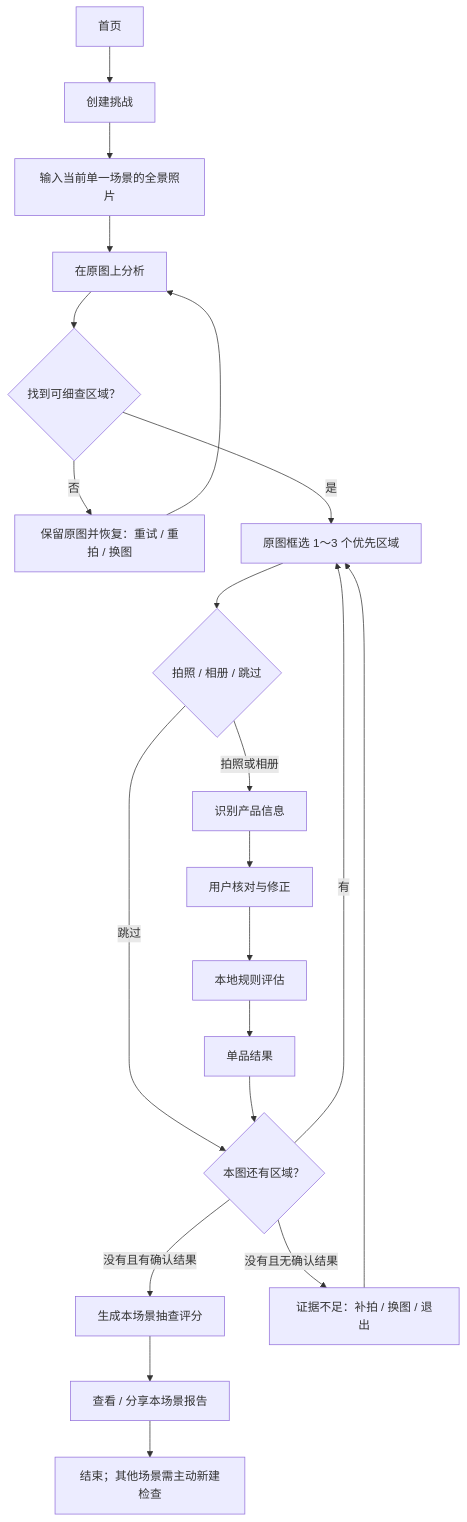
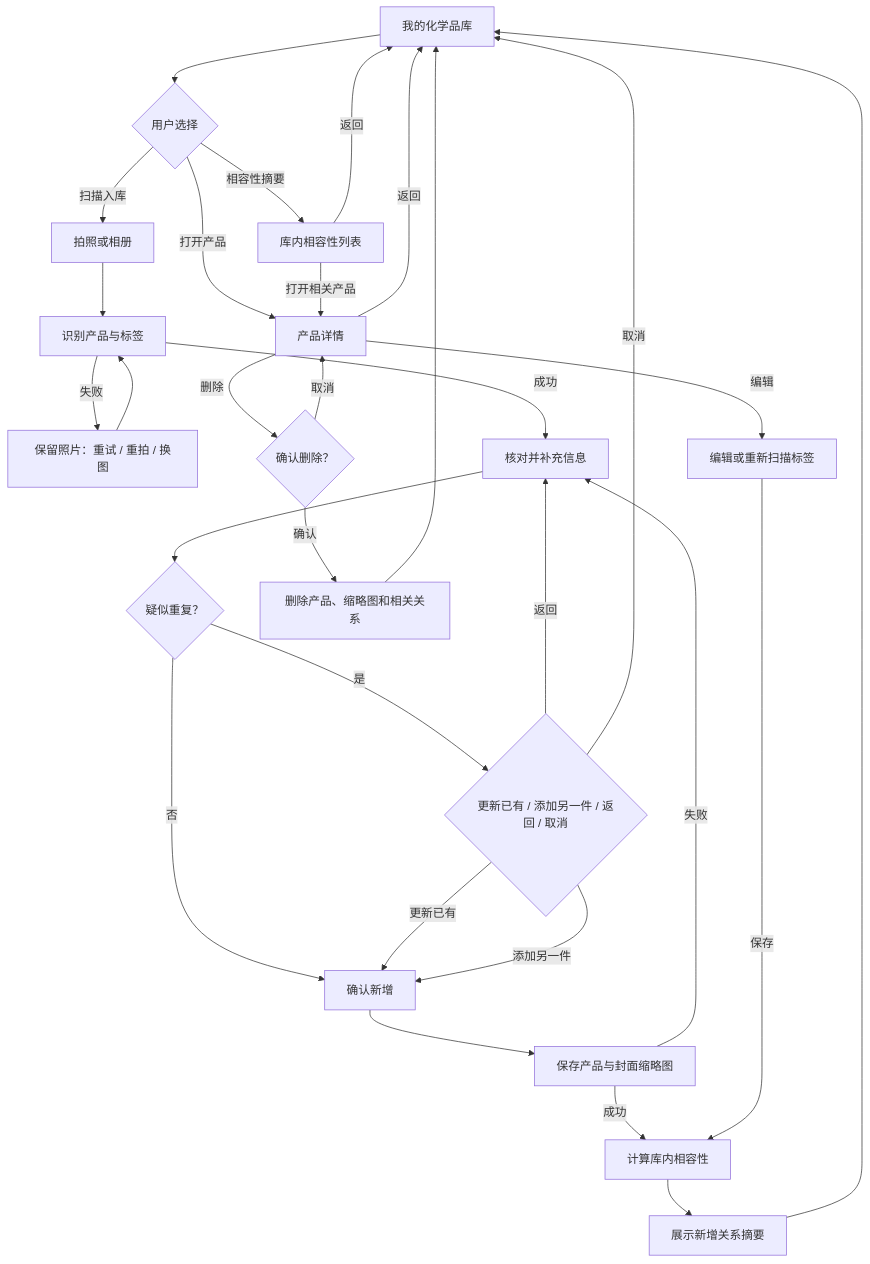
One commit to gsj1225/household-chemical-safety changed the second of 2 diagrams in docs/product/用户流程.md. Above: the diagram before and after it, drawn with Mermaid. The commit also changed other lines of this file and 86 other files, not shown here.

````diff
--- a/docs/product/用户流程.md
+++ b/docs/product/用户流程.md
@@ -215,23 +169,34 @@
 ```mermaid
 flowchart TD
-    A["首页"] --> B["创建挑战"]
-    B --> C["输入当前单一场景的全景照片"]
-    C --> D["在原图上分析"]
-    D --> E{"找到可细查区域？"}
-    E -->|"否"| F["保留原图并恢复：重试 / 重拍 / 换图"]
-    F --> D
-    E -->|"是"| G["原图框选 1～3 个优先区域"]
-    G --> H{"拍照 / 相册 / 跳过"}
-    H -->|"拍照或相册"| I["识别产品信息"]
-    I --> J["用户核对与修正"]
-    J --> K["本地规则评估"]
-    K --> L["单品结果"]
-    H -->|"跳过"| M{"本图还有区域？"}
-    L --> M
-    M -->|"有"| G
-    M -->|"没有且有确认结果"| N["生成本场景抽查评分"]
-    M -->|"没有且无确认结果"| Q["证据不足：补拍 / 换图 / 退出"]
-    Q --> G
-    N --> O["查看 / 分享本场景报告"]
-    O --> P["结束；其他场景需主动新建检查"]
+    A["我的化学品库"] --> B{"用户选择"}
+    B -->|"扫描入库"| C["拍照或相册"]
+    B -->|"打开产品"| P["产品详情"]
+    B -->|"相容性摘要"| R["库内相容性列表"]
+
+    C --> D["识别产品与标签"]
+    D -->|"失败"| D1["保留照片：重试 / 重拍 / 换图"]
+    D1 --> D
+    D -->|"成功"| E["核对并补充信息"]
+    E --> F{"疑似重复？"}
+    F -->|"否"| G["确认新增"]
+    F -->|"是"| H{"更新已有 / 添加另一件 / 返回 / 取消"}
+    H -->|"更新已有"| G
+    H -->|"添加另一件"| G
+    H -->|"返回"| E
+    H -->|"取消"| A
+    G --> I["保存产品与封面缩略图"]
+    I -->|"失败"| E
+    I -->|"成功"| J["计算库内相容性"]
+    J --> K["展示新增关系摘要"]
+    K --> A
+
+    P -->|"编辑"| Q["编辑或重新扫描标签"]
+    Q -->|"保存"| J
+    P -->|"删除"| S{"确认删除？"}
+    S -->|"取消"| P
+    S -->|"确认"| T["删除产品、缩略图和相关关系"]
+    T --> A
+    P -->|"返回"| A
+    R -->|"打开相关产品"| P
+    R -->|"返回"| A
 ```
````
